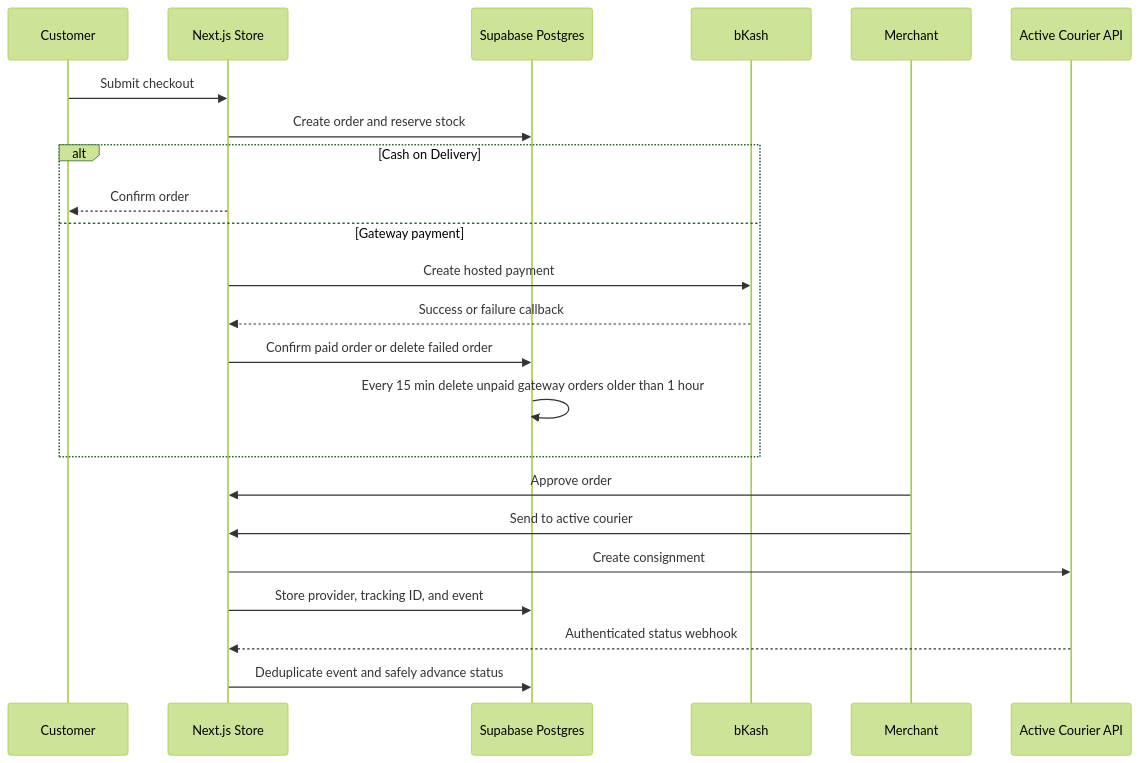
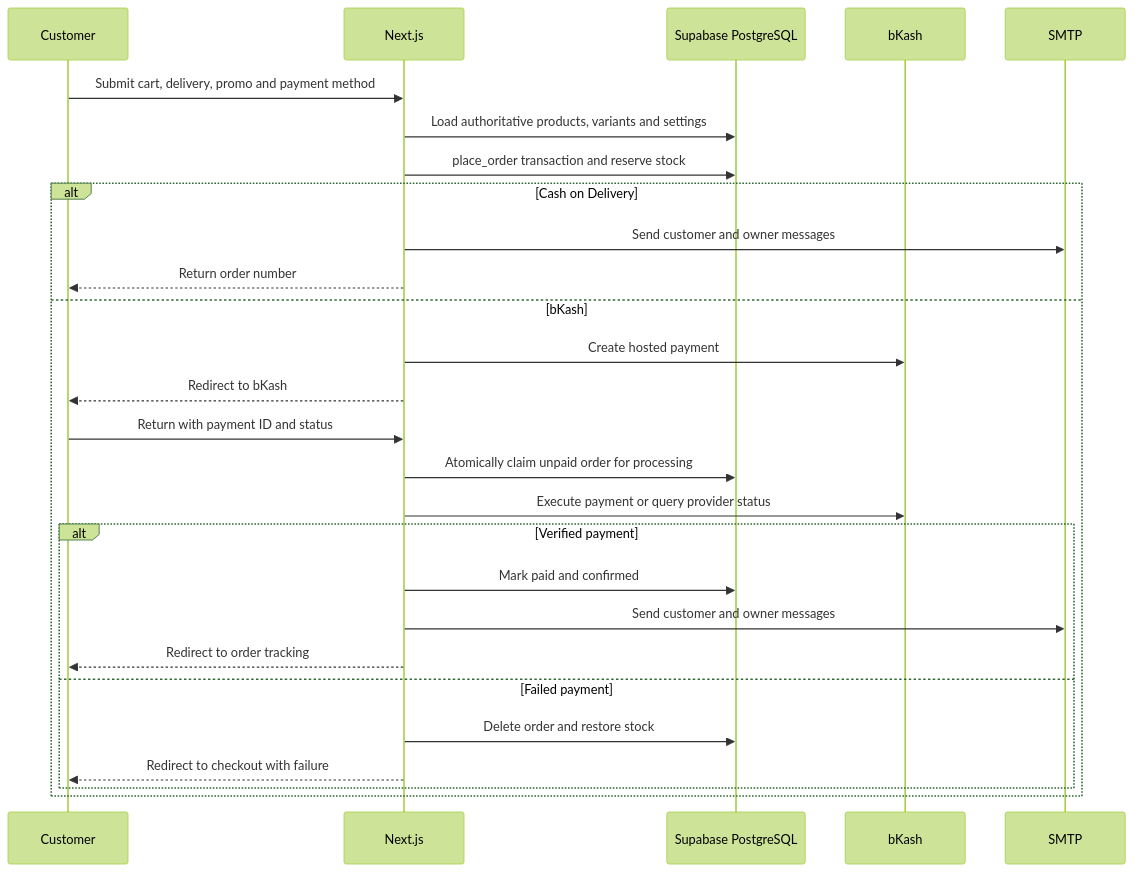
One commit to mushfiqueyeasir/reverb-commerce changed the third of 5 diagrams in doc/ARCHITECTURE.md. Above: the diagram before and after it, drawn with Mermaid (forest theme). The commit also changed other lines of this file and 13 other files, not shown here.

````diff
--- a/doc/ARCHITECTURE.md
+++ b/doc/ARCHITECTURE.md
@@ -132,26 +243,30 @@
 ```mermaid
 sequenceDiagram
     participant Customer
-    participant Store as Next.js Store
-    participant DB as Supabase Postgres
+    participant Store as Next.js
+    participant DB as Supabase PostgreSQL
     participant Payment as bKash
-    participant Merchant
-    participant Courier as Active Courier API
+    participant Mail as SMTP
 
-    Customer->>Store: Submit checkout
-    Store->>DB: Create order and reserve stock
+    Customer->>Store: Submit cart, delivery, promo and payment method
+    Store->>DB: Load authoritative products, variants and settings
+    Store->>DB: place_order transaction and reserve stock
     alt Cash on Delivery
-        Store-->>Customer: Confirm order
-    else Gateway payment
+        Store->>Mail: Send customer and owner messages
+        Store-->>Customer: Return order number
+    else bKash
         Store->>Payment: Create hosted payment
-        Payment-->>Store: Success or failure callback
-        Store->>DB: Confirm paid order or delete failed order
-        DB->>DB: Every 15 min delete unpaid gateway orders older than 1 hour
+        Store-->>Customer: Redirect to bKash
+        Customer->>Store: Return with payment ID and status
+        Store->>DB: Atomically claim unpaid order for processing
+        Store->>Payment: Execute payment or query provider status
+        alt Verified payment
+            Store->>DB: Mark paid and confirmed
+            Store->>Mail: Send customer and owner messages
+            Store-->>Customer: Redirect to order tracking
+        else Failed payment
+            Store->>DB: Delete order and restore stock
+            Store-->>Customer: Redirect to checkout with failure
+        end
     end
-    Merchant->>Store: Approve order
-    Merchant->>Store: Send to active courier
-    Store->>Courier: Create consignment
-    Store->>DB: Store provider, tracking ID, and event
-    Courier-->>Store: Authenticated status webhook
-    Store->>DB: Deduplicate event and safely advance status
 ```
````
